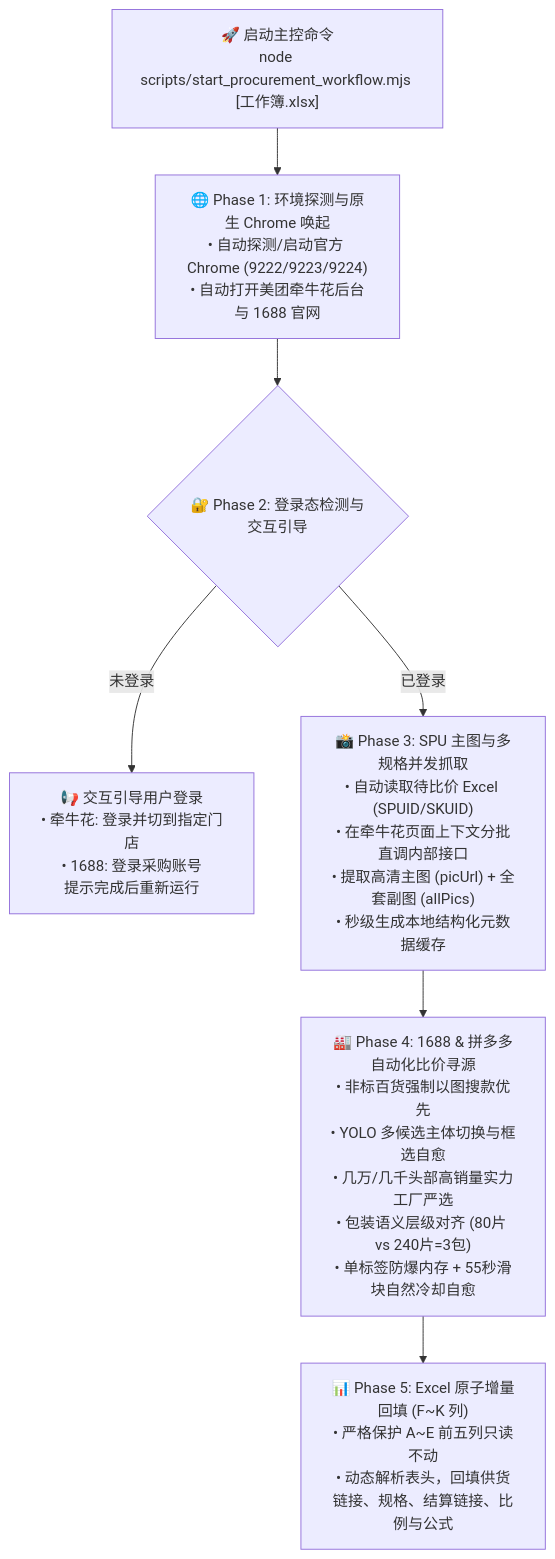
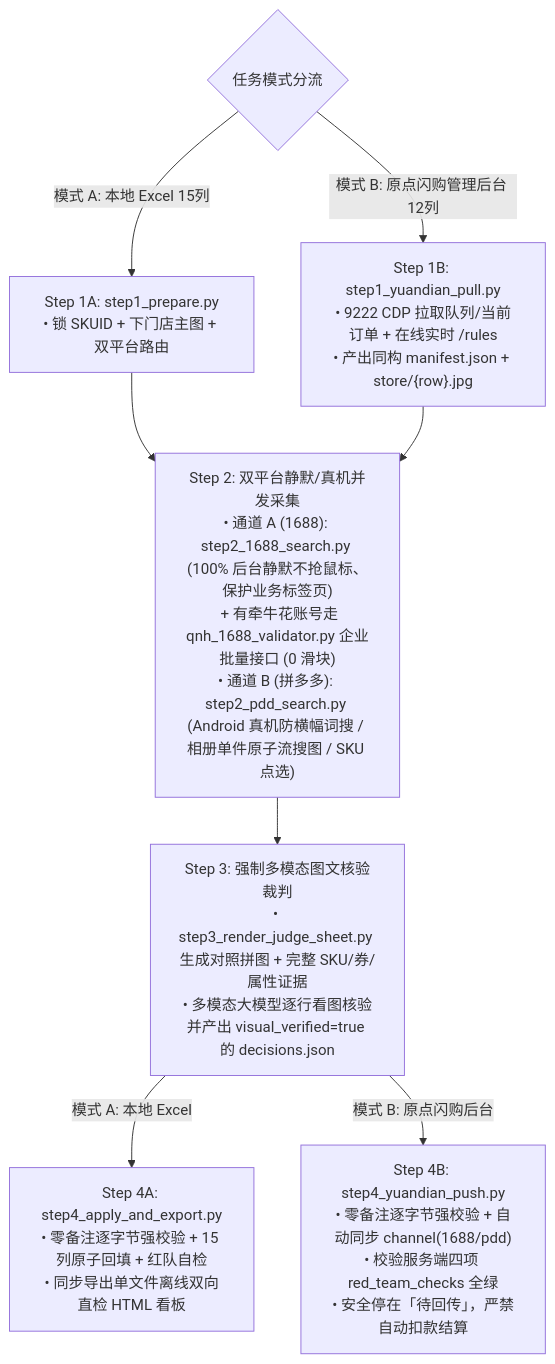
Before and after one commit to cycjianai/pddauto: the diagram in README.md, drawn with Mermaid. The commit also changed other lines of this file and 42 other files, not shown here.

Commit message:
feat(pddauto v3.3.0): upgrade to v3.3 dual-mode architecture (Excel 15-col + Yuandian SaaS admin 12-col)

````diff
--- a/README.md
+++ b/README.md
@@ -12,12 +15,16 @@
 ```mermaid
 flowchart TD
-    Start["🚀 启动主控命令<br>node scripts/start_procurement_workflow.mjs [工作簿.xlsx]"] --> Phase1["🌐 Phase 1: 环境探测与原生 Chrome 唤起<br>• 自动探测/启动官方 Chrome (9222/9223/9224)<br>• 自动打开美团牵牛花后台与 1688 官网"]
+    Mode{"任务模式分流"}
+    Mode -->|"模式 A: 本地 Excel 15列"| S1A["Step 1A: step1_prepare.py<br>• 锁 SKUID + 下门店主图 + 双平台路由"]
+    Mode -->|"模式 B: 原点闪购管理后台 12列"| S1B["Step 1B: step1_yuandian_pull.py<br>• 9222 CDP 拉取队列/当前订单 + 在线实时 /rules<br>• 产出同构 manifest.json + store/{row}.jpg"]
 
-    Phase1 --> Phase2{"🔐 Phase 2: 登录态检测与交互引导"}
-    Phase2 -->|"未登录"| PromptUser["📢 交互引导用户登录<br>• 牵牛花: 登录并切到指定门店<br>• 1688: 登录采购账号<br>提示完成后重新运行"]
-    Phase2 -->|"已登录"| Phase3["📸 Phase 3: SPU 主图与多规格并发抓取<br>• 自动读取待比价 Excel (SPUID/SKUID)<br>• 在牵牛花页面上下文分批直调内部接口<br>• 提取高清主图 (picUrl) + 全套副图 (allPics)<br>• 秒级生成本地结构化元数据缓存"]
+    S1A --> S2
+    S1B --> S2
 
-    Phase3 --> Phase4["🏭 Phase 4: 1688 & 拼多多自动化比价寻源<br>• 非标百货强制以图搜款优先<br>• YOLO 多候选主体切换与框选自愈<br>• 几万/几千头部高销量实力工厂严选<br>• 包装语义层级对齐 (80片 vs 240片=3包)<br>• 单标签防爆内存 + 55秒滑块自然冷却自愈"]
+    S2["Step 2: 双平台静默/真机并发采集<br>• 通道 A (1688): step2_1688_search.py (100% 后台静默不抢鼠标、保护业务标签页)<br>  + 有牵牛花账号走 qnh_1688_validator.py 企业批量接口 (0 滑块)<br>• 通道 B (拼多多): step2_pdd_search.py (Android 真机防横幅词搜 / 相册单件原子流搜图 / SKU 点选)"]
 
-    Phase4 --> Phase5["📊 Phase 5: Excel 原子增量回填 (F~K 列)<br>• 严格保护 A~E 前五列只读不动<br>• 动态解析表头，回填供货链接、规格、结算链接、比例与公式"]
+    S2 --> S3["Step 3: 强制多模态图文核验裁判<br>• step3_render_judge_sheet.py 生成对照拼图 + 完整 SKU/券/属性证据<br>• 多模态大模型逐行看图核验并产出 visual_verified=true 的 decisions.json"]
+
+    S3 -->|"模式 A: 本地 Excel"| S4A["Step 4A: step4_apply_and_export.py<br>• 零备注逐字节强校验 + 15 列原子回填 + 红队自检<br>• 同步导出单文件离线双向直检 HTML 看板"]
+    S3 -->|"模式 B: 原点闪购后台"| S4B["Step 4B: step4_yuandian_push.py<br>• 零备注逐字节强校验 + 自动同步 channel(1688/pdd)<br>• 校验服务端四项 red_team_checks 全绿<br>• 安全停在「待回传」，严禁自动扣款结算"]
 ```
````
